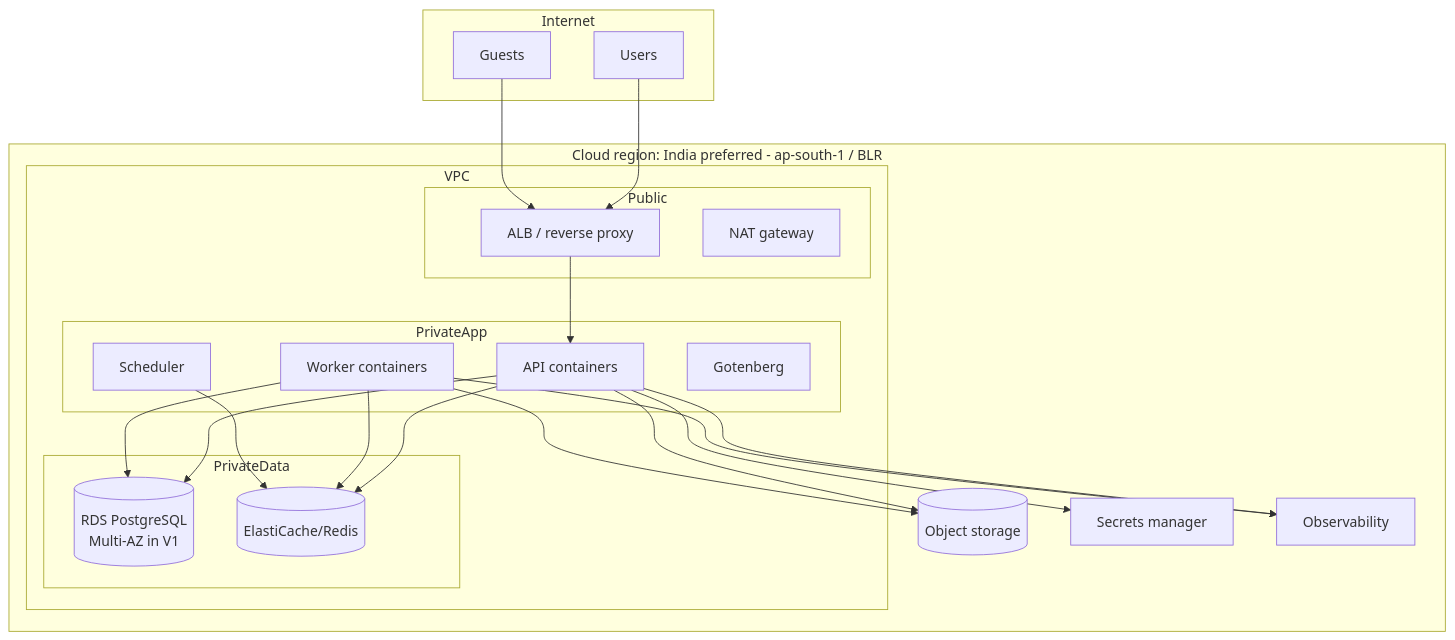
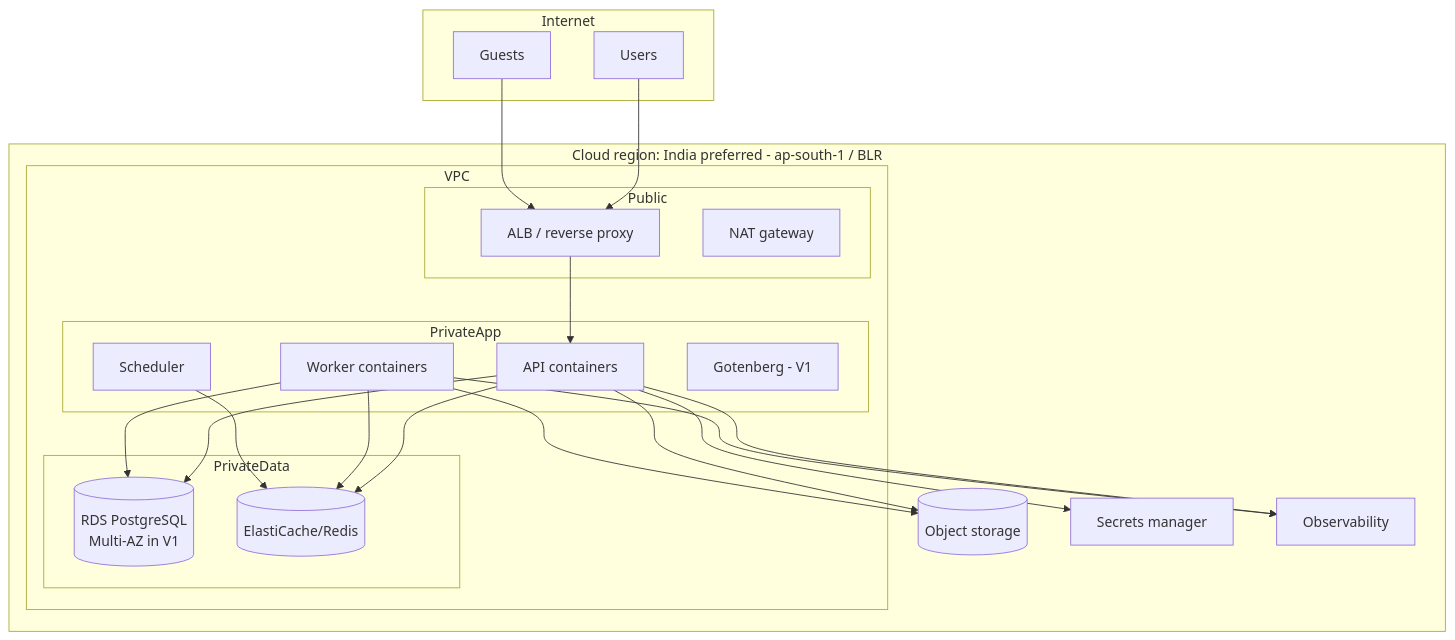
The sixth of 7 diagrams in 09-SYSTEM-ARCHITECTURE.md (omniscient2002/tradecloseout), drawn with Mermaid before and after one commit. The commit also changed other lines of this file and 5 other files, not shown here.

````diff
--- a/09-SYSTEM-ARCHITECTURE.md
+++ b/09-SYSTEM-ARCHITECTURE.md
@@ -237,41 +238,41 @@
 ```mermaid
 flowchart TB
   subgraph Internet
     USERS[Users]
     GUESTS[Guests]
   end
   subgraph CloudRegion[Cloud region: India preferred - ap-south-1 / BLR]
     subgraph VPC
       subgraph Public
         ALB[ALB / reverse proxy]
         NAT[NAT gateway]
       end
       subgraph PrivateApp
         APPC[API containers]
         WORKC[Worker containers]
         SCHC[Scheduler]
-        GOTC[Gotenberg]
+        GOTC[Gotenberg - V1]
       end
       subgraph PrivateData
         RDS[(RDS PostgreSQL<br/>Multi-AZ in V1)]
         REDIS[(ElastiCache/Redis)]
       end
     end
     S3[(Object storage)]
     SECRETS[Secrets manager]
     OBS[Observability]
   end
   USERS --> ALB
   GUESTS --> ALB
   ALB --> APPC
   APPC --> RDS
   APPC --> REDIS
   APPC --> S3
   APPC --> SECRETS
   WORKC --> RDS
   WORKC --> REDIS
   WORKC --> S3
     SCHC --> REDIS
   APPC --> OBS
   WORKC --> OBS
 ```
````
